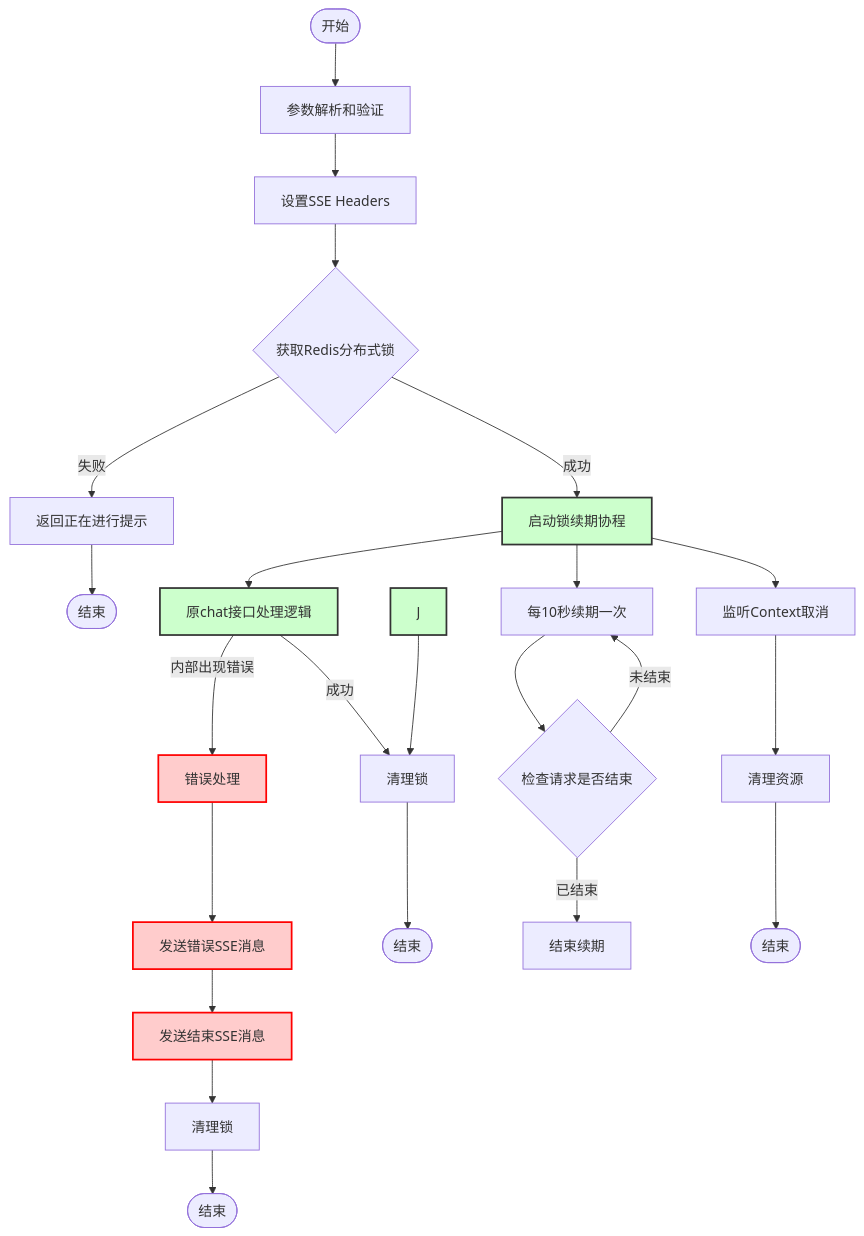
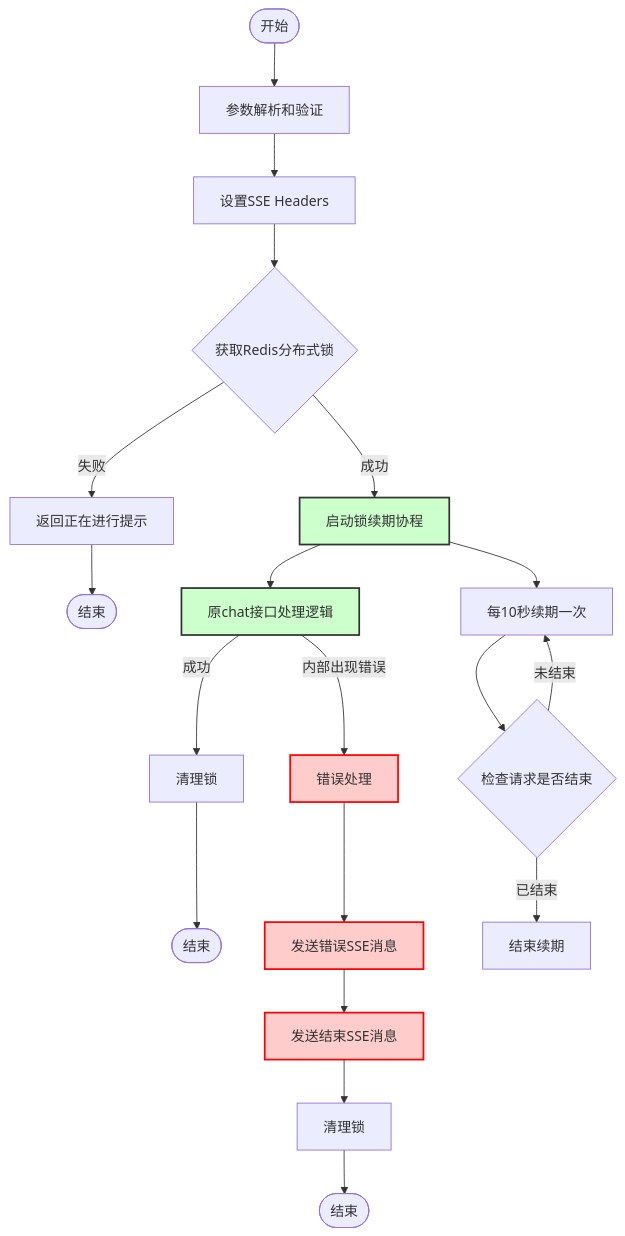
One commit to yingjianzh/iodraw-files changed the diagram in all/未命名-15.md. Above: the diagram before and after it, drawn with Mermaid.

Commit message:
2025-01-02 17:45:31 update

````diff
--- a/all/未命名-15.md
+++ b/all/未命名-15.md
@@ -1,43 +1,35 @@
 ```mermaid
 flowchart TD
     Start([开始]) --> A[参数解析和验证]
     A --> B[设置SSE Headers]
     B --> C{获取Redis分布式锁}
     
     C -->|失败| D[返回正在进行提示]
     D --> End1([结束])
     
     C -->|成功| E[启动锁续期协程]
     E --> F[原chat接口处理逻辑]
     
     F -->|内部出现错误| G[错误处理]
      %% 正常结束流程
     F -->|成功| N[清理锁]
     N --> End3([结束])
     
     %% 错误处理流程
     G --> K[发送错误SSE消息]
     K --> L[发送结束SSE消息]
     L --> M[清理锁]
     M --> End2([结束])
     
-   
-    J --> N[清理锁]
-    
-    
     %% 锁续期协程
     E --> O[每10秒续期一次]
     O --> P{检查请求是否结束}
     P -->|未结束| O
     P -->|已结束| Q[结束续期]
     
-    %% Context取消监听
-    E --> R[监听Context取消]
-    R --> S[清理资源]
-    S --> End4([结束])
     
     classDef error fill:#ffcccc,stroke:#ff0000,stroke-width:2px
     classDef normal fill:#ccffcc,stroke:#333,stroke-width:2px
     class G,K,L error
     class E,F,I,J normal
 ```
````
